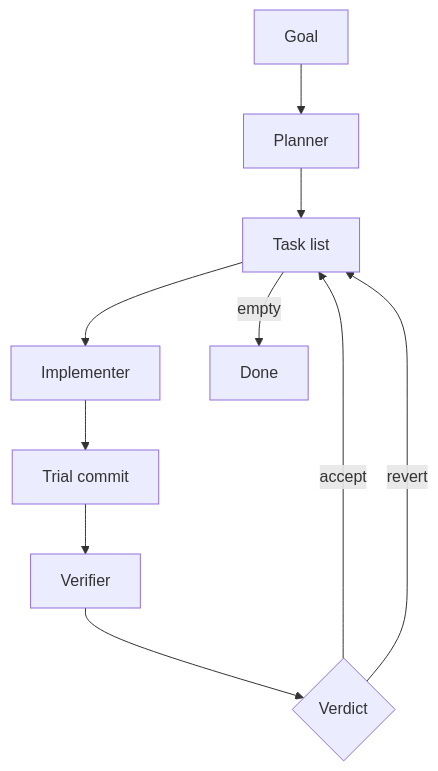
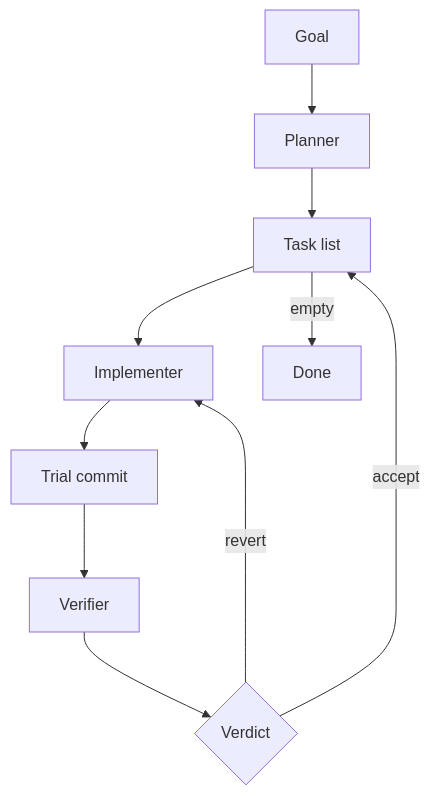
The diagram in README.md (0xabrar/harness), drawn with Mermaid before and after one commit. The commit also changed other lines of this file, not shown here.

````diff
--- a/README.md
+++ b/README.md
@@ -40,12 +49,12 @@
 ```mermaid
 flowchart TD
     A[Goal] --> B[Planner]
     B --> C[Task list]
     C --> D[Implementer]
     D --> E[Trial commit]
     E --> F[Verifier]
     F --> G{Verdict}
     G -->|accept| C
-    G -->|revert| C
+    G -->|revert| D
     C -->|empty| H[Done]
 ```
````
